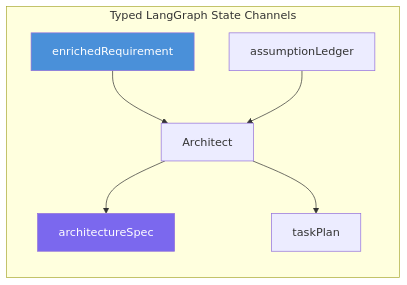
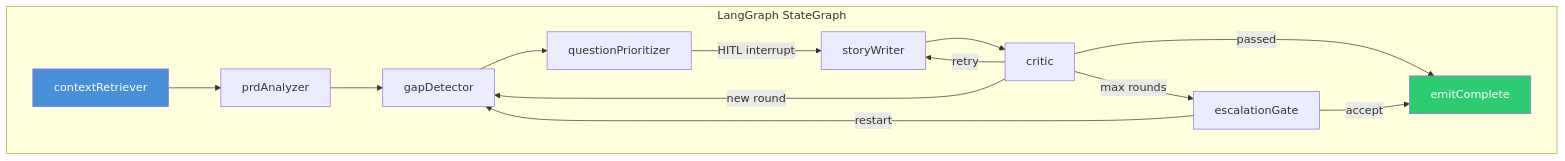
Before and after one commit to praveen-gottala/sdlc-agent-swarms: the first of 2 diagrams in docs/concepts/coordination-and-state.md, drawn with Mermaid. The commit also changed other lines of this file and 179 other files, not shown here.

````diff
--- a/docs/concepts/coordination-and-state.md
+++ b/docs/concepts/coordination-and-state.md
@@ -9,12 +11,19 @@
 ```mermaid
-graph LR
-    subgraph Channels ["Typed LangGraph State Channels"]
-        C1[enrichedRequirement] --> A[Architect]
-        C2[assumptionLedger] --> A
-        A --> C3[architectureSpec]
-        A --> C4[taskPlan]
+graph TD
+    subgraph Graph ["LangGraph StateGraph"]
+        CR[contextRetriever] --> PA[prdAnalyzer]
+        PA --> GD[gapDetector]
+        GD --> QP[questionPrioritizer]
+        QP -->|HITL interrupt| SW[storyWriter]
+        SW --> C[critic]
+        C -->|retry| SW
+        C -->|new round| GD
+        C -->|max rounds| EG[escalationGate]
+        C -->|passed| EC[emitComplete]
+        EG -->|accept| EC
+        EG -->|restart| GD
     end
 
-    style C1 fill:#4A90D9,color:#fff
-    style C3 fill:#7B68EE,color:#fff
+    style CR fill:#4A90D9,color:#fff
+    style EC fill:#2ECC71,color:#fff
 ```
````
